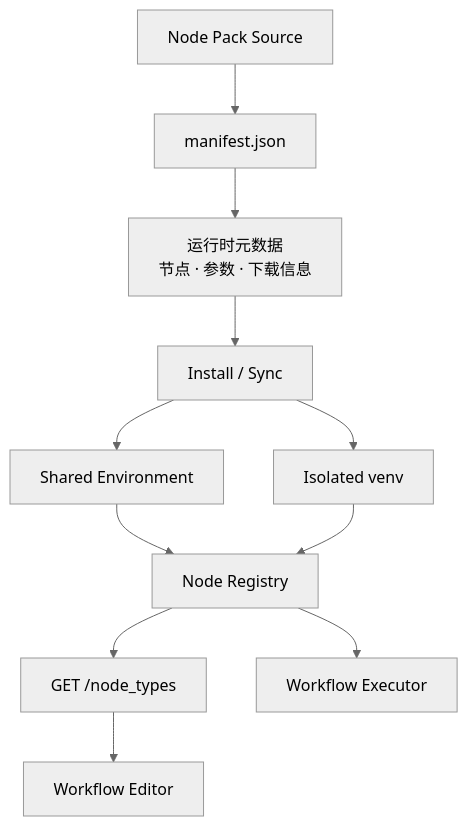
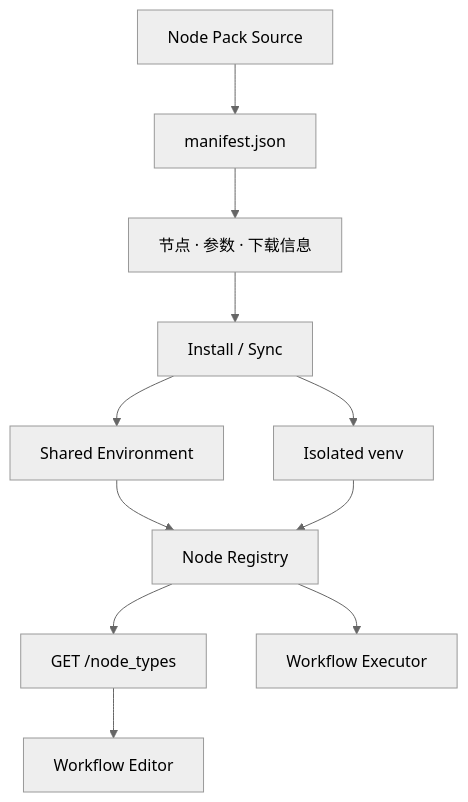
The sixth of 6 diagrams in docs/architecture.md (mousebar01/PolyKit), drawn with Mermaid (neutral theme) before and after one commit. The commit also changed other lines of this file, not shown here.

Commit message:
docs: align architecture with agent-free runtime

````diff
--- a/docs/architecture.md
+++ b/docs/architecture.md
@@ -156,13 +189,13 @@
 ```mermaid
 flowchart TD
     Source[Node Pack Source] --> Manifest[manifest.json]
-    Manifest --> Metadata[运行时元数据\n节点 · 参数 · 下载信息]
+    Manifest --> Metadata[节点 · 参数 · 下载信息]
     Metadata --> Install[Install / Sync]
     Install --> Shared[Shared Environment]
     Install --> Isolated[Isolated venv]
     Shared --> Registry[Node Registry]
     Isolated --> Registry
     Registry --> Types[GET /node_types]
     Types --> Editor[Workflow Editor]
     Registry --> Executor[Workflow Executor]
 ```
````
